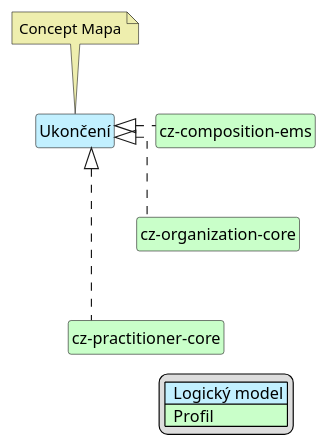
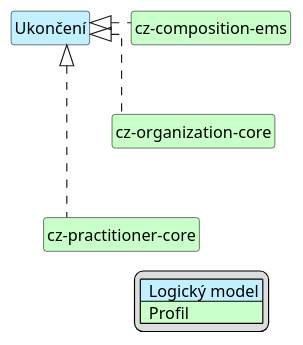
One commit to HL7-cz/cz-ems changed the diagram in input/images-source/emsEndOfCare-map-cs.plantuml. Above: the diagram before and after it, drawn with PlantUML. The commit also changed 23 other files, not shown here.

Commit message:
úprava plantuml schémat

```diff
--- a/input/images-source/emsEndOfCare-map-cs.plantuml
+++ b/input/images-source/emsEndOfCare-map-cs.plantuml
@@ -1,32 +1,29 @@
 @startuml
 hide circle
 hide stereotype
 hide members
 hide methods
 skinparam linetype ortho
 skinparam class {
 BackgroundColor<<LogicalModel>> #APPLICATION
 BackgroundColor<<Profile>> #TECHNOLOGY
 }
 legend right
 | <#APPLICATION>  Logický model |
 | <#TECHNOLOGY>  Profil |
 endlegend
 
 class "Ukončení" <<LogicalModel>> [[StructureDefinition-LogEndOfCareCz.html]]
-note top #EEEEAE [[ConceptMap-EndOfCare2FHIR-cz.html]]
-Concept Mapa
-endnote
 
 class "cz-composition-ems" <<Profile>> [[StructureDefinition-cz-composition-ems.html]]
 class "cz-organization-core" <<Profile>> [[https://build.fhir.org/ig/HL7-cz/cz-core/StructureDefinition-cz-organization-core.html]]
 class "cz-practitioner-core" <<Profile>> [[https://build.fhir.org/ig/HL7-cz/cz-core/StructureDefinition-cz-practitioner-core.html]]
 
 "Ukončení" <|. "cz-composition-ems"
 "Ukončení" <|. "cz-organization-core"
 "Ukončení" <|. "cz-practitioner-core"
 
 "cz-composition-ems" -d[hidden]-> "cz-organization-core"
 "cz-organization-core" -d[hidden]-> "cz-practitioner-core"
 
 @enduml
```
